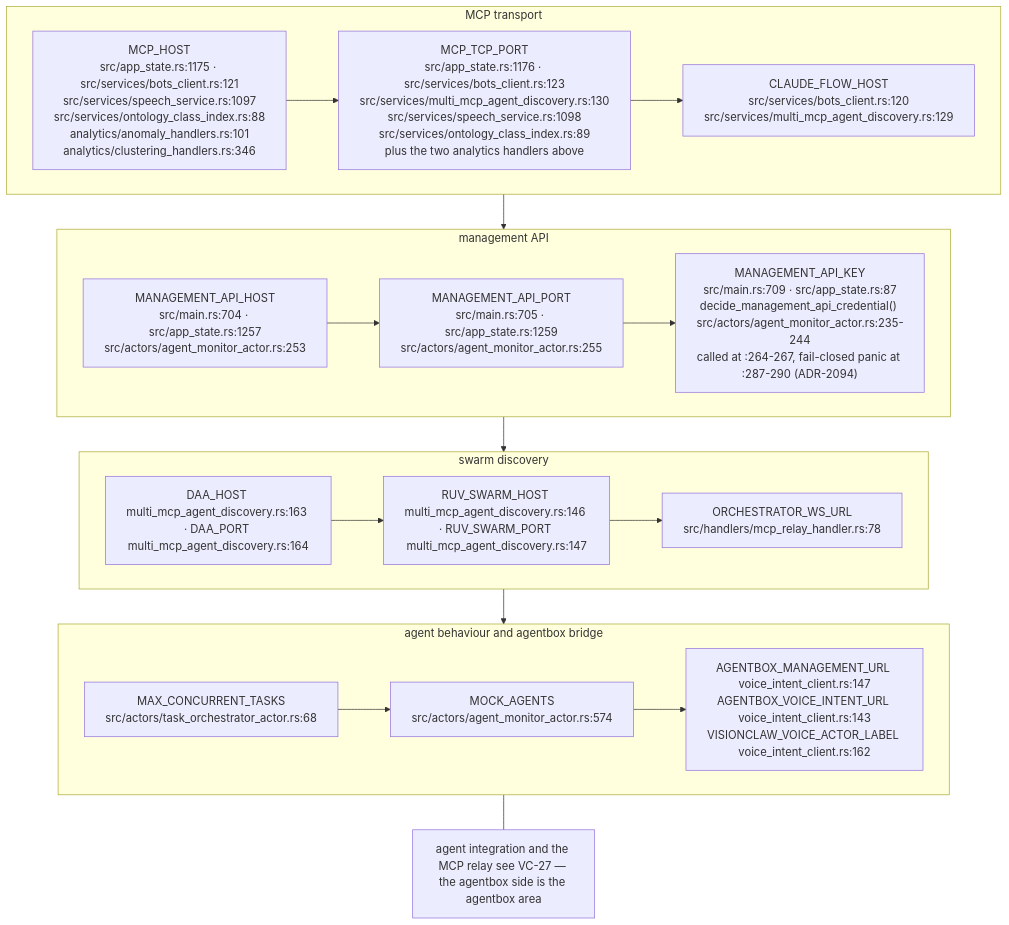
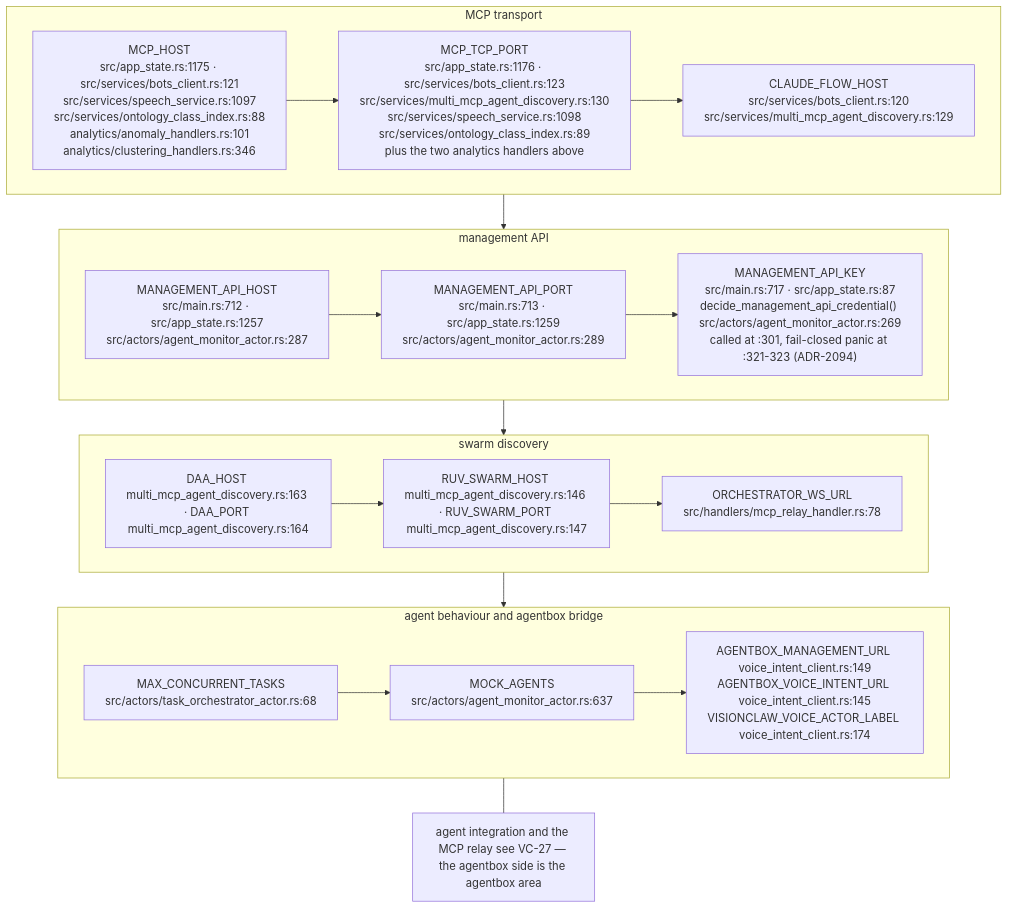
One commit to DreamLab-AI/VisionFlow changed diagram 12 of 15 in docs/diagrams/visionclaw/09-config-and-env-flags.md. Above: the diagram before and after it, drawn with Mermaid. The commit also changed other lines of this file and 111 other files, not shown here.

Commit message:
docs(diagrams): align estate maps with current source

````diff
--- a/docs/diagrams/visionclaw/09-config-and-env-flags.md
+++ b/docs/diagrams/visionclaw/09-config-and-env-flags.md
@@ -472,18 +473,18 @@
 ```mermaid
 flowchart TB
     subgraph MCP["MCP transport"]
         M1["MCP_HOST<br/>src/app_state.rs:1175 · src/services/bots_client.rs:121<br/>src/services/speech_service.rs:1097<br/>src/services/ontology_class_index.rs:88<br/>analytics/anomaly_handlers.rs:101<br/>analytics/clustering_handlers.rs:346"] --> M2["MCP_TCP_PORT<br/>src/app_state.rs:1176 · src/services/bots_client.rs:123<br/>src/services/multi_mcp_agent_discovery.rs:130<br/>src/services/speech_service.rs:1098<br/>src/services/ontology_class_index.rs:89<br/>plus the two analytics handlers above"] --> M3["CLAUDE_FLOW_HOST<br/>src/services/bots_client.rs:120<br/>src/services/multi_mcp_agent_discovery.rs:129"]
     end
     subgraph MGMT["management API"]
-        G1["MANAGEMENT_API_HOST<br/>src/main.rs:704 · src/app_state.rs:1257<br/>src/actors/agent_monitor_actor.rs:253"] --> G2["MANAGEMENT_API_PORT<br/>src/main.rs:705 · src/app_state.rs:1259<br/>src/actors/agent_monitor_actor.rs:255"] --> G3["MANAGEMENT_API_KEY<br/>src/main.rs:709 · src/app_state.rs:87<br/>decide_management_api_credential() src/actors/agent_monitor_actor.rs:235-244<br/>called at :264-267, fail-closed panic at :287-290 (ADR-2094)"]
+        G1["MANAGEMENT_API_HOST<br/>src/main.rs:712 · src/app_state.rs:1257<br/>src/actors/agent_monitor_actor.rs:287"] --> G2["MANAGEMENT_API_PORT<br/>src/main.rs:713 · src/app_state.rs:1259<br/>src/actors/agent_monitor_actor.rs:289"] --> G3["MANAGEMENT_API_KEY<br/>src/main.rs:717 · src/app_state.rs:87<br/>decide_management_api_credential() src/actors/agent_monitor_actor.rs:269<br/>called at :301, fail-closed panic at :321-323 (ADR-2094)"]
     end
     subgraph DISC["swarm discovery"]
         D1["DAA_HOST multi_mcp_agent_discovery.rs:163 · DAA_PORT multi_mcp_agent_discovery.rs:164"] --> D2["RUV_SWARM_HOST multi_mcp_agent_discovery.rs:146 · RUV_SWARM_PORT multi_mcp_agent_discovery.rs:147"] --> D3["ORCHESTRATOR_WS_URL<br/>src/handlers/mcp_relay_handler.rs:78"]
     end
     subgraph AGENTS["agent behaviour and agentbox bridge"]
-        A1["MAX_CONCURRENT_TASKS<br/>src/actors/task_orchestrator_actor.rs:68"] --> A2["MOCK_AGENTS<br/>src/actors/agent_monitor_actor.rs:574"] --> A3["AGENTBOX_MANAGEMENT_URL voice_intent_client.rs:147<br/>AGENTBOX_VOICE_INTENT_URL voice_intent_client.rs:143<br/>VISIONCLAW_VOICE_ACTOR_LABEL voice_intent_client.rs:162"]
+        A1["MAX_CONCURRENT_TASKS<br/>src/actors/task_orchestrator_actor.rs:68"] --> A2["MOCK_AGENTS<br/>src/actors/agent_monitor_actor.rs:637"] --> A3["AGENTBOX_MANAGEMENT_URL voice_intent_client.rs:149<br/>AGENTBOX_VOICE_INTENT_URL voice_intent_client.rs:145<br/>VISIONCLAW_VOICE_ACTOR_LABEL voice_intent_client.rs:174"]
     end
     MCP --> MGMT --> DISC --> AGENTS
     N["agent integration and the MCP relay see VC-27 — the agentbox side is the agentbox area"]
     AGENTS --- N
 ```
````
